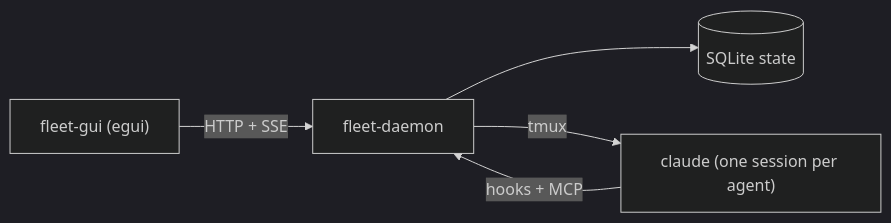
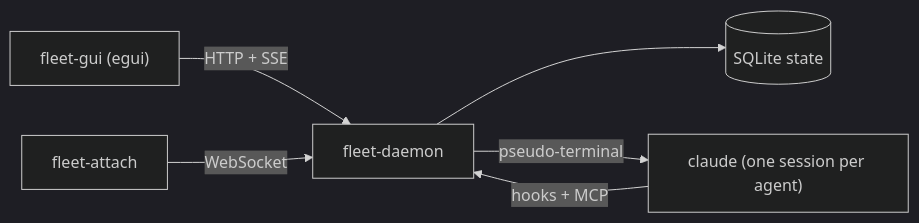
The diagram in docs/reference/architecture.md (TonyHeadband/fleet-manager), drawn with Mermaid (dark theme) before and after one commit. The commit also changed other lines of this file and 1 other file, not shown here.

Commit message:
docs(reference): per-OS config paths, drop tmux_command, built-in terminals architecture

````diff
--- a/docs/reference/architecture.md
+++ b/docs/reference/architecture.md
@@ -5,7 +5,8 @@
 ```mermaid
 flowchart LR
     gui["fleet-gui (egui)"] -- "HTTP + SSE" --> daemon["fleet-daemon"]
+    attach["fleet-attach"] -- "WebSocket" --> daemon
     daemon --> db[("SQLite state")]
-    daemon -- tmux --> claude["claude (one session per agent)"]
+    daemon -- "pseudo-terminal" --> claude["claude (one session per agent)"]
     claude -- "hooks + MCP" --> daemon
 ```
````
